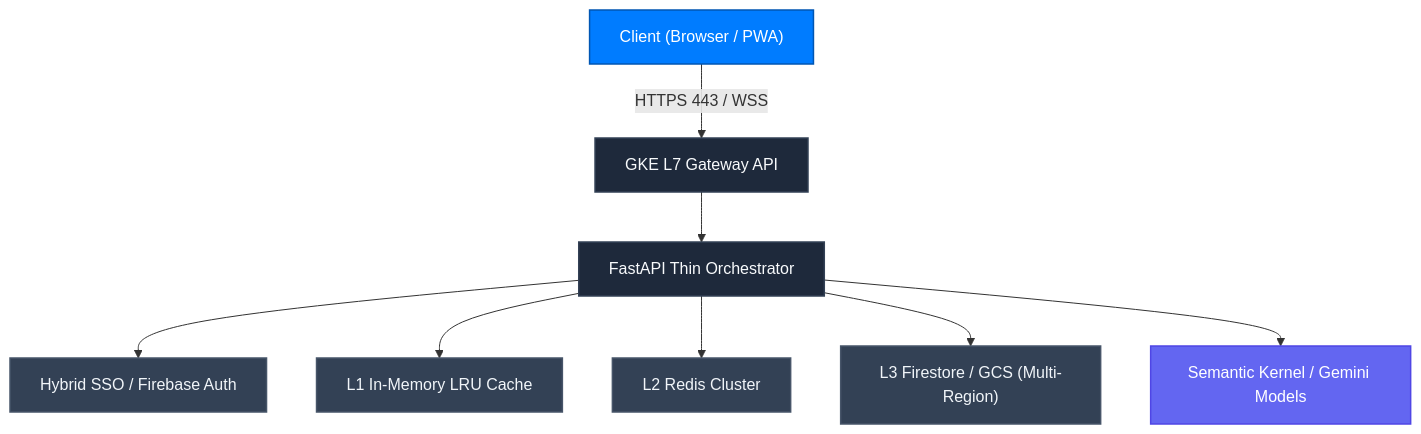
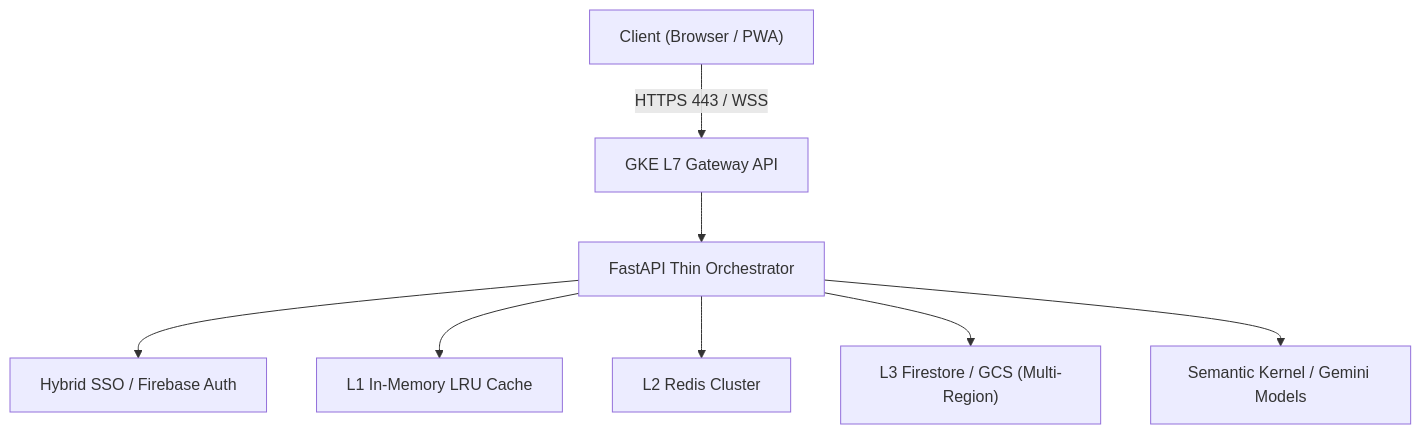
The diagram in get-started/architecture.mdx (Connex-Brothers-Consulting-Group/cbcg-hs-connex-docs), drawn with Mermaid before and after one commit. The commit also changed 24 other files, not shown here.

Commit message:
fix(docs): restore Lucide card icons, enforce transparent Mermaid line-art, add Cryptographic Kill Switch, and refine quiet luxury banner

````diff
--- a/get-started/architecture.mdx
+++ b/get-started/architecture.mdx
@@ -9,16 +9,10 @@
 ```mermaid
 graph TD
-    classDef primary fill:#007CFF,stroke:#0056B3,stroke-width:1.5px,color:#FFFFFF;
-    classDef enterprise fill:#1E293B,stroke:#334155,stroke-width:1.5px,color:#F8FAFC;
-    classDef accent fill:#0D9488,stroke:#0F766E,stroke-width:1.5px,color:#FFFFFF;
-    classDef storage fill:#334155,stroke:#475569,stroke-width:1.5px,color:#F1F5F9;
-    classDef ai fill:#6366F1,stroke:#4F46E5,stroke-width:1.5px,color:#FFFFFF;
-
-    Client["Client (Browser / PWA)"]:::primary -->|HTTPS 443 / WSS| Gateway["GKE L7 Gateway API"]:::enterprise
-    Gateway --> FastRouter["FastAPI Thin Orchestrator"]:::enterprise
-    FastRouter --> Auth["Hybrid SSO / Firebase Auth"]:::storage
-    FastRouter --> L1Cache["L1 In-Memory LRU Cache"]:::storage
-    FastRouter --> L2Cache["L2 Redis Cluster"]:::storage
-    FastRouter --> L3Storage["L3 Firestore / GCS (Multi-Region)"]:::storage
-    FastRouter --> AI["Semantic Kernel / Gemini Models"]:::ai
+Client["Client (Browser / PWA)"] -->|HTTPS 443 / WSS| Gateway["GKE L7 Gateway API"]
+    Gateway --> FastRouter["FastAPI Thin Orchestrator"]
+    FastRouter --> Auth["Hybrid SSO / Firebase Auth"]
+    FastRouter --> L1Cache["L1 In-Memory LRU Cache"]
+    FastRouter --> L2Cache["L2 Redis Cluster"]
+    FastRouter --> L3Storage["L3 Firestore / GCS (Multi-Region)"]
+    FastRouter --> AI["Semantic Kernel / Gemini Models"]
 ```
````
